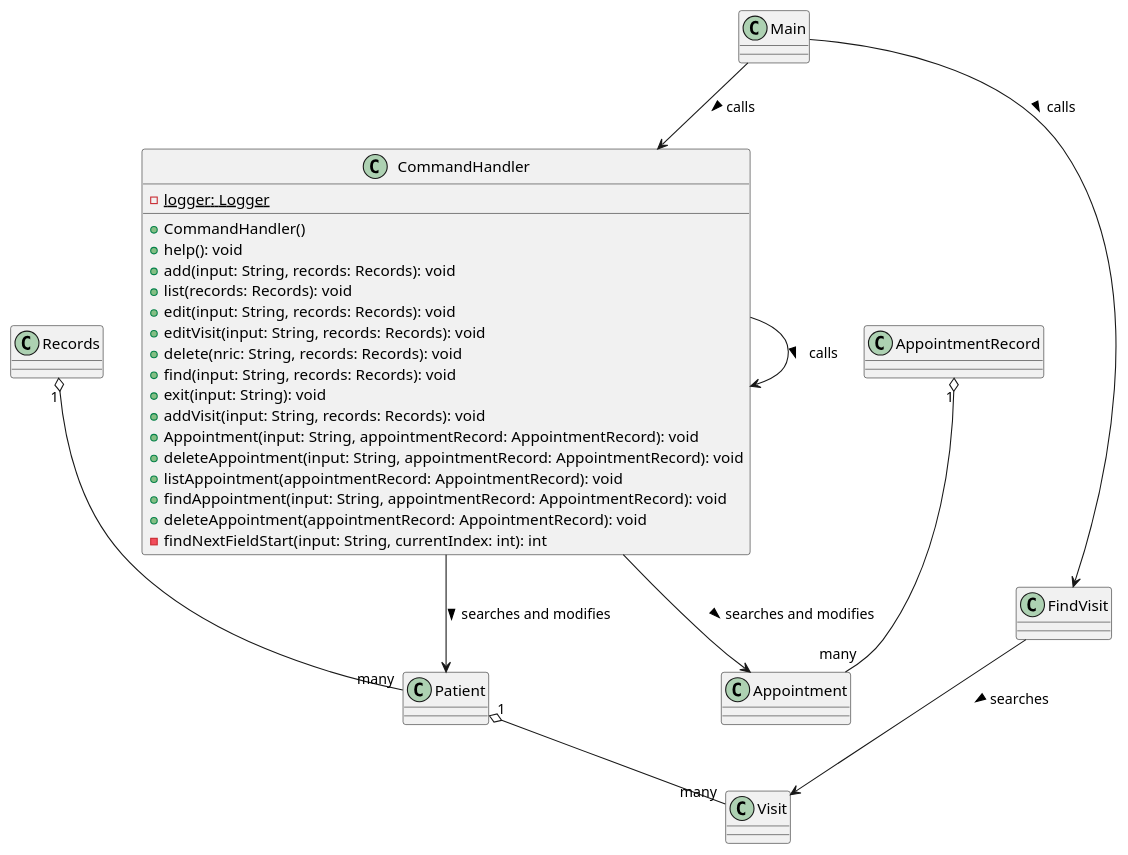
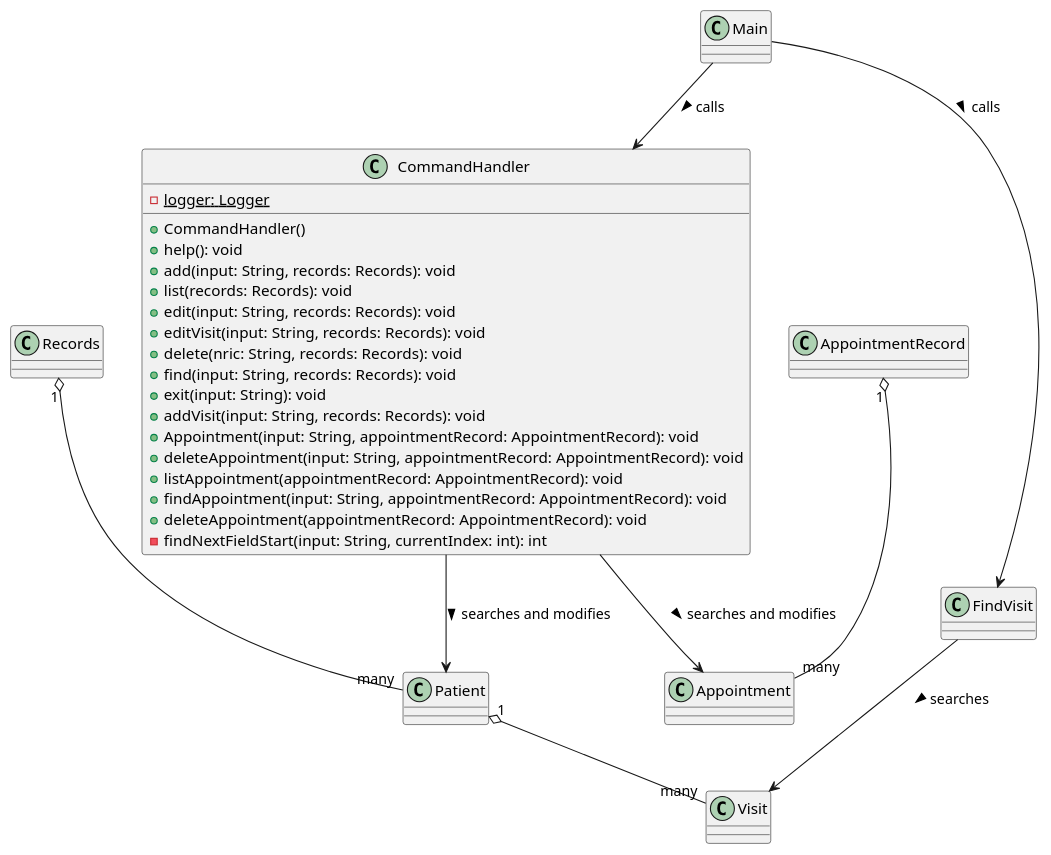
One commit to yentheng0110/tp changed the diagram in docs/CommandHandler.puml. Above: the diagram before and after it, drawn with PlantUML. The commit also changed 7 other files, not shown here.

Commit message:
Add the addVisit implementation, object diagrams and sequence diagram in the Developer Guide (DG) and modify DG in general after proofreading

```diff
--- a/docs/CommandHandler.puml
+++ b/docs/CommandHandler.puml
@@ -1,39 +1,38 @@
 @startuml
 'https://plantuml.com/class-diagram
 class CommandHandler {
 -{static} logger: Logger
 +CommandHandler()
 +help(): void
 +add(input: String, records: Records): void
 +list(records: Records): void
 +edit(input: String, records: Records): void
 +editVisit(input: String, records: Records): void
 +delete(nric: String, records: Records): void
 +find(input: String, records: Records): void
 +exit(input: String): void
 +addVisit(input: String, records: Records): void
 +Appointment(input: String, appointmentRecord: AppointmentRecord): void
 +deleteAppointment(input: String, appointmentRecord: AppointmentRecord): void
 +listAppointment(appointmentRecord: AppointmentRecord): void
 +findAppointment(input: String, appointmentRecord: AppointmentRecord): void
 +deleteAppointment(appointmentRecord: AppointmentRecord): void
 -findNextFieldStart(input: String, currentIndex: int): int
 }
 
 class Patient {}
 class Visit {}
 class Main {}
 class Records {}
 class AppointmentRecord {}
 
-CommandHandler --> CommandHandler: calls >
 CommandHandler --> Appointment : searches and modifies >
 AppointmentRecord "1" o-- "many" Appointment
 Main --> CommandHandler : calls >
 Main --> FindVisit : calls >
 CommandHandler --> Patient : searches and modifies >
 FindVisit --> Visit : searches >
 Records "1" o-- "many" Patient
 Patient "1" o-- "many" Visit
 
 @enduml
```
